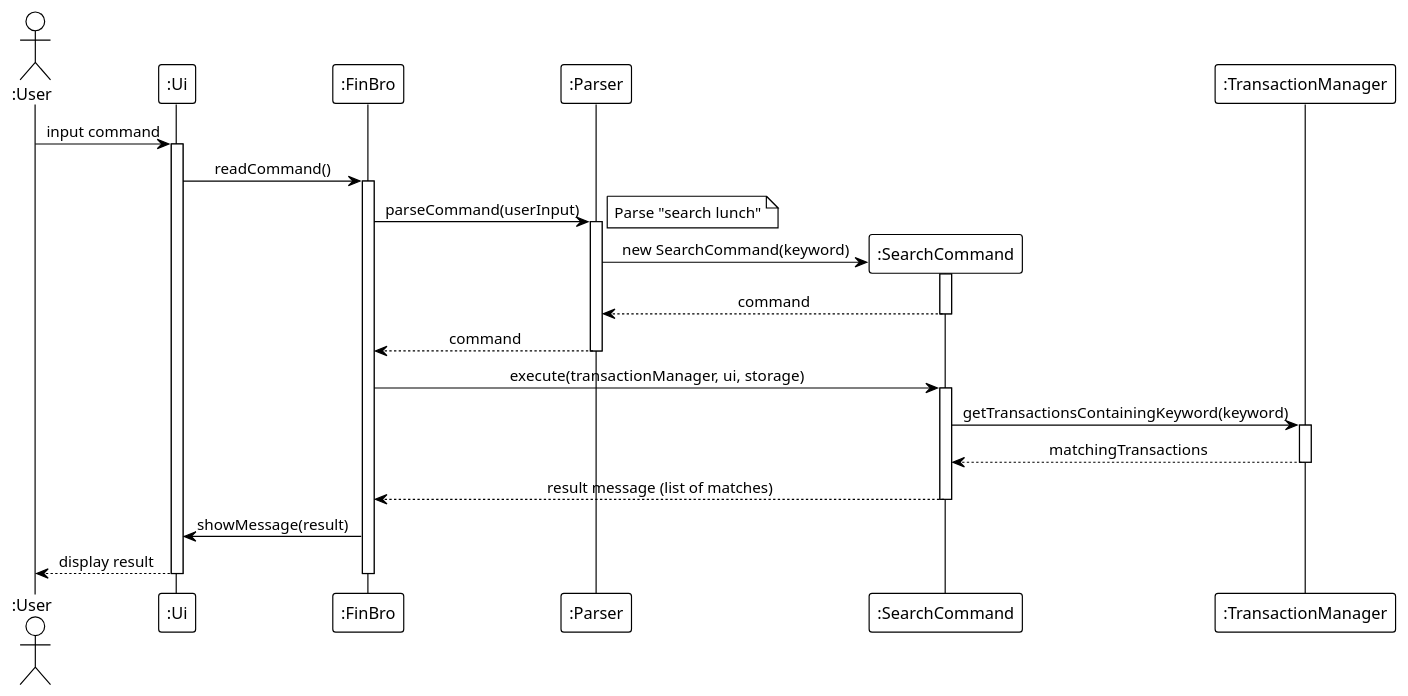
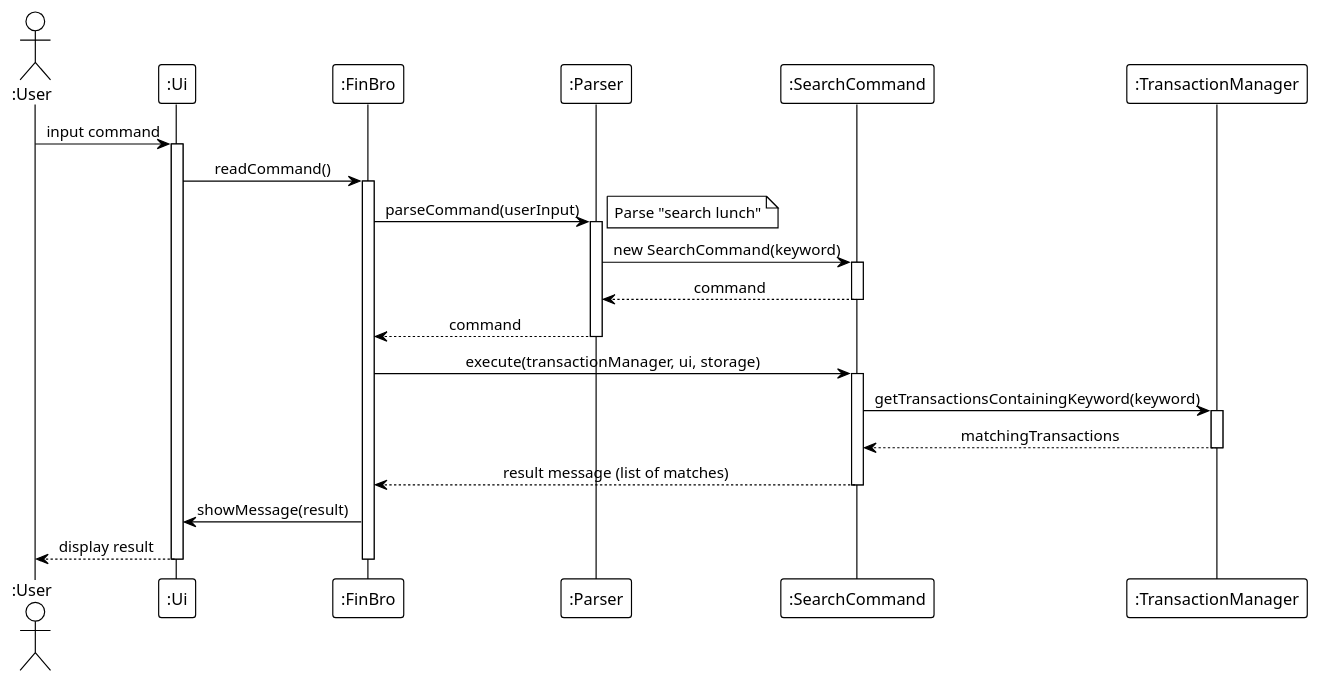
One commit to laitcanard05/tp changed the diagram in docs/diagrams/puml/sequence/sequence-search.puml. Above: the diagram before and after it, drawn with PlantUML. The commit also changed 7 other files, not shown here.

Commit message:
fix diagrams

```diff
--- a/docs/diagrams/puml/sequence/sequence-search.puml
+++ b/docs/diagrams/puml/sequence/sequence-search.puml
@@ -1,46 +1,46 @@
 @startuml
 !theme plain
 skinparam sequenceMessageAlign center
 skinparam responseMessageBelowArrow true
 
 actor ":User" as User
 participant ":Ui" as UI
 participant ":FinBro" as FinBro
 participant ":Parser" as Parser
 participant ":SearchCommand" as SearchCommand
 participant ":TransactionManager" as TransactionMgr
 
 User -> UI : input command
 activate UI
 
 UI -> FinBro : readCommand()
 activate FinBro
 
 FinBro -> Parser : parseCommand(userInput)
 activate Parser
 note right: Parse "search lunch"
 
-Parser -> SearchCommand** : new SearchCommand(keyword)
+Parser -> SearchCommand : new SearchCommand(keyword)
 activate SearchCommand
 SearchCommand --> Parser : command
 deactivate SearchCommand
 Parser --> FinBro : command
 deactivate Parser
 
 FinBro -> SearchCommand : execute(transactionManager, ui, storage)
 activate SearchCommand
 
 SearchCommand -> TransactionMgr : getTransactionsContainingKeyword(keyword)
 activate TransactionMgr
 TransactionMgr --> SearchCommand : matchingTransactions
 deactivate TransactionMgr
 
 SearchCommand --> FinBro : result message (list of matches)
 deactivate SearchCommand
 
 FinBro -> UI : showMessage(result)
 UI --> User : display result
 deactivate UI
 deactivate FinBro
 
 @enduml
```
